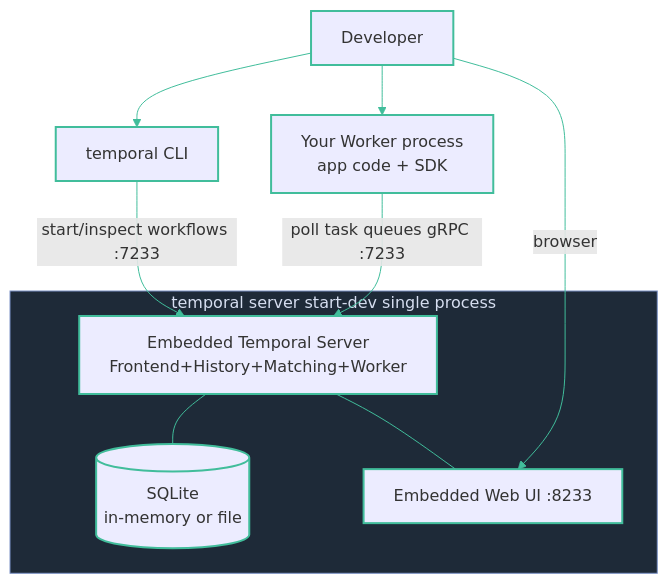
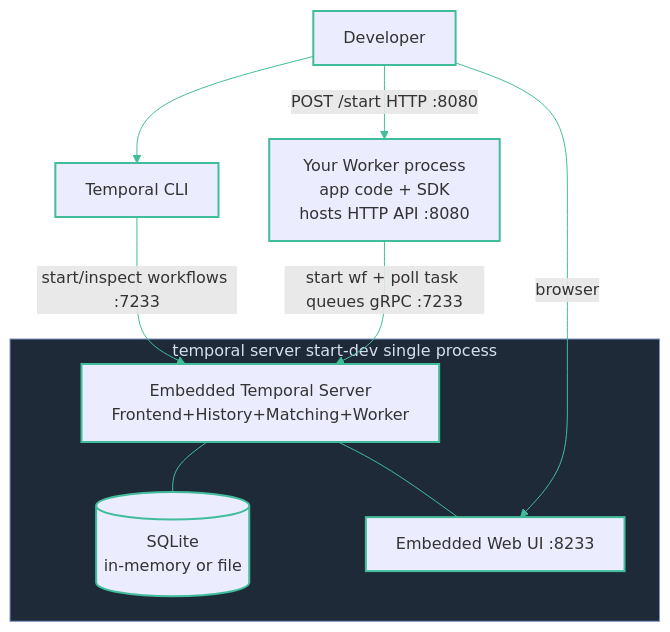
Before and after one commit to diagrid-labs/durable-execution-battle: the diagram in slides/05-demo/03-temporal-diagram.md, drawn with Mermaid. The commit also changed 10 other files, not shown here.

Commit message:
Update flow and diagrams

````diff
--- a/slides/05-demo/03-temporal-diagram.md
+++ b/slides/05-demo/03-temporal-diagram.md
@@ -3,21 +3,21 @@
 ```mermaid
 graph TD
   Dev[Developer]
-  CLI[temporal CLI]
+  CLI[Temporal CLI]
   subgraph DevServer[temporal server start-dev single process]
     SRV["Embedded Temporal Server<br/>Frontend+History+Matching+Worker"]
     DB[("SQLite<br/>in-memory or file")]
     UI[Embedded Web UI :8233]
     SRV --- DB
     SRV --- UI
   end
-  Worker["Your Worker process<br/>app code + SDK"]
+  Worker["Your Worker process<br/>app code + SDK<br/>hosts HTTP API :8080"]
   CLI -->|start/inspect workflows :7233| SRV
-  Worker -->|poll task queues gRPC :7233| SRV
+  Worker -->|start wf + poll task queues gRPC :7233| SRV
   Dev --> CLI
-  Dev --> Worker
+  Dev -->|POST /start HTTP :8080| Worker
   Dev -->|browser| UI
   classDef default stroke:#41bd9b,stroke-width:2px
   linkStyle default stroke:#41bd9b,stroke-width:1px
   style DevServer fill:#1e2a38,stroke:#7c93c7,stroke-width:1px,color:#d6def0
 ```
````
